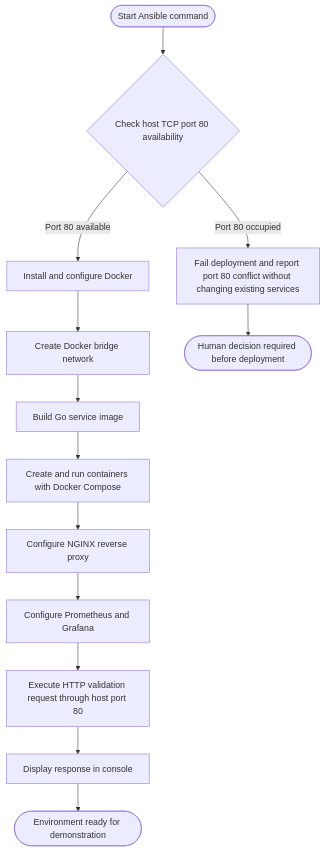
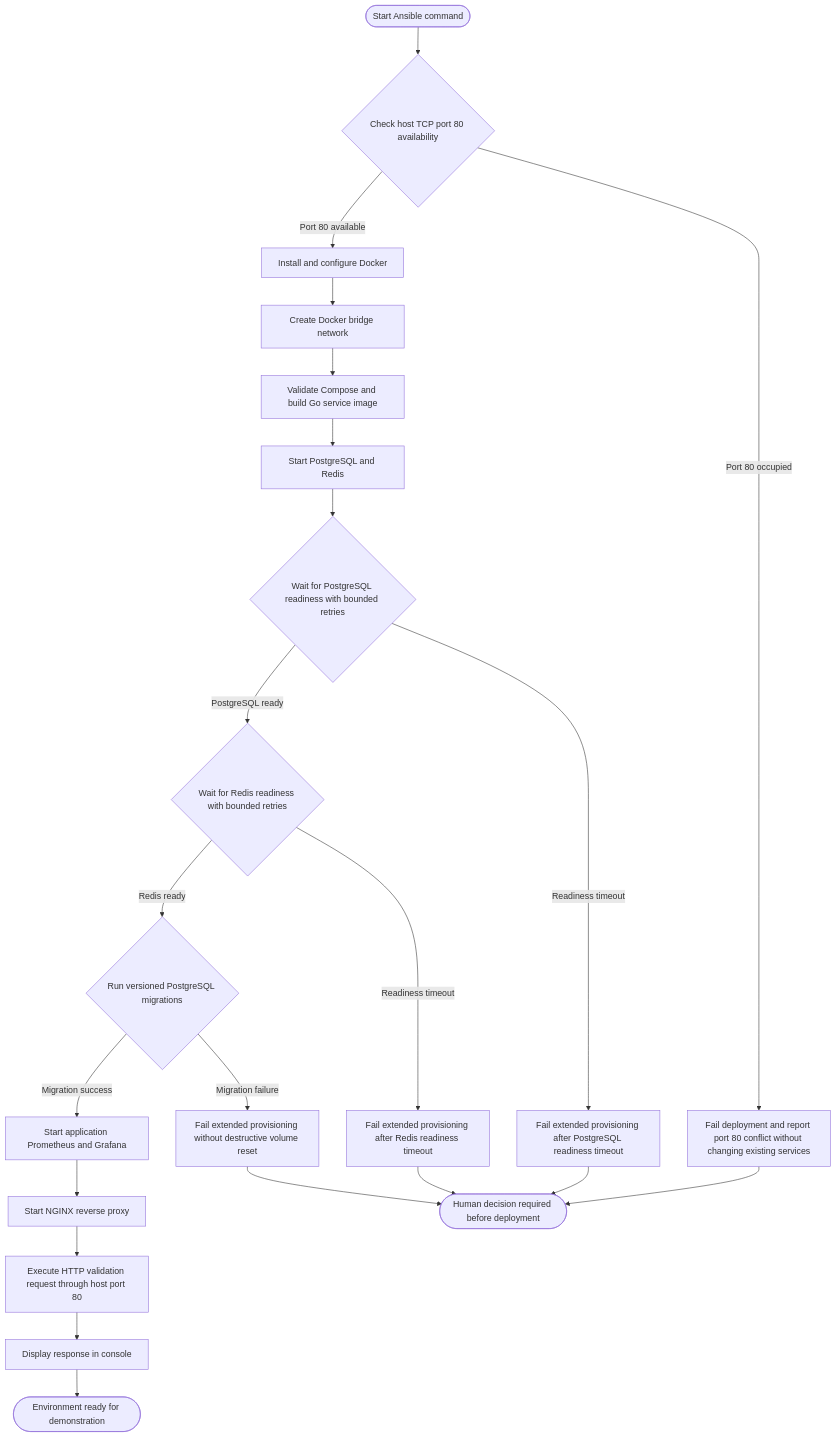
Before and after one commit to Magaldes/korp-platform-engineering: the diagram in docs/architecture/proc-operational.md, drawn with Mermaid. The commit also changed other lines of this file and 15 other files, not shown here.

Commit message:
architecture: promote revision 7 and document data extensions

````diff
--- a/docs/architecture/proc-operational.md
+++ b/docs/architecture/proc-operational.md
@@ -8,28 +8,43 @@
 ```mermaid
 flowchart TB
     step_start(["Start Ansible command"])
     step_port80{"Check host TCP port 80 availability"}
     step_port80_fail["Fail deployment and report port 80 conflict without changing existing services"]
     step_docker["Install and configure Docker"]
     step_net["Create Docker bridge network"]
-    step_build["Build Go service image"]
-    step_compose["Create and run containers with Docker Compose"]
-    step_nginx["Configure NGINX reverse proxy"]
-    step_mon["Configure Prometheus and Grafana"]
+    step_build["Validate Compose and build Go service image"]
+    step_data["Start PostgreSQL and Redis"]
+    step_pg_ready{"Wait for PostgreSQL readiness with bounded retries"}
+    step_pg_fail["Fail extended provisioning after PostgreSQL readiness timeout"]
+    step_redis_ready{"Wait for Redis readiness with bounded retries"}
+    step_redis_fail["Fail extended provisioning after Redis readiness timeout"]
+    step_migrate{"Run versioned PostgreSQL migrations"}
+    step_migrate_fail["Fail extended provisioning without destructive volume reset"]
+    step_app_mon["Start application Prometheus and Grafana"]
+    step_nginx["Start NGINX reverse proxy"]
     step_verify["Execute HTTP validation request through host port 80"]
     step_output["Display response in console"]
     step_end(["Environment ready for demonstration"])
     step_blocked(["Human decision required before deployment"])
     step_start --> step_port80
     step_port80 -->|"Port 80 available"| step_docker
     step_port80 -->|"Port 80 occupied"| step_port80_fail
     step_port80_fail --> step_blocked
     step_docker --> step_net
     step_net --> step_build
-    step_build --> step_compose
-    step_compose --> step_nginx
-    step_nginx --> step_mon
-    step_mon --> step_verify
+    step_build --> step_data
+    step_data --> step_pg_ready
+    step_pg_ready -->|"PostgreSQL ready"| step_redis_ready
+    step_pg_ready -->|"Readiness timeout"| step_pg_fail
+    step_pg_fail --> step_blocked
+    step_redis_ready -->|"Redis ready"| step_migrate
+    step_redis_ready -->|"Readiness timeout"| step_redis_fail
+    step_redis_fail --> step_blocked
+    step_migrate -->|"Migration success"| step_app_mon
+    step_migrate -->|"Migration failure"| step_migrate_fail
+    step_migrate_fail --> step_blocked
+    step_app_mon --> step_nginx
+    step_nginx --> step_verify
     step_verify --> step_output
     step_output --> step_end
 ```
````
